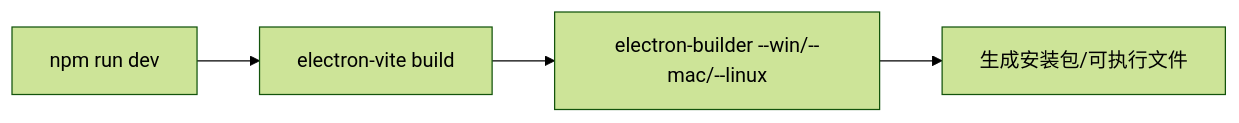
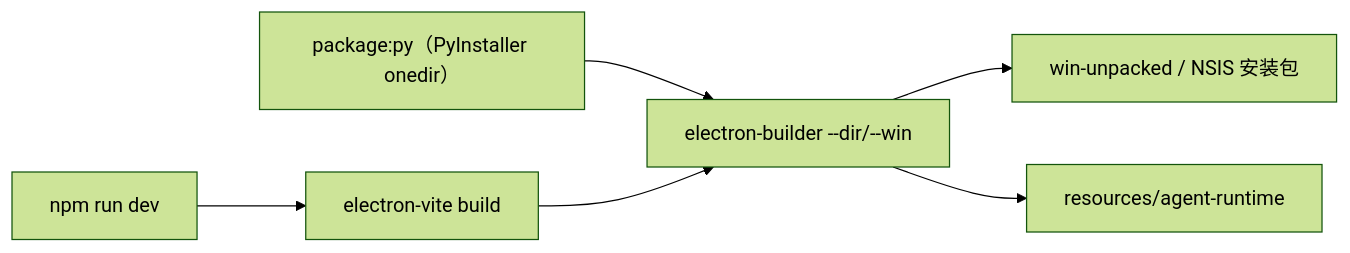
The seventh of 8 diagrams in .repowiki/zh/content/桌面应用/桌面应用.md (Azusa010/personal-agent), drawn with Mermaid (forest theme) before and after one commit. The commit also changed other lines of this file and 40 other files, not shown here.

````diff
--- a/.repowiki/zh/content/桌面应用/桌面应用.md
+++ b/.repowiki/zh/content/桌面应用/桌面应用.md
@@ -288,6 +288,8 @@
 ```mermaid
 flowchart LR
 Dev["npm run dev"] --> Build["electron-vite build"]
-Build --> Pack["electron-builder --win/--mac/--linux"]
-Pack --> Artifacts["生成安装包/可执行文件"]
+Py["package:py（PyInstaller onedir）"] --> Pack["electron-builder --dir/--win"]
+Build --> Pack
+Pack --> Artifacts["win-unpacked / NSIS 安装包"]
+Pack --> Res["resources/agent-runtime"]
 ```
````
